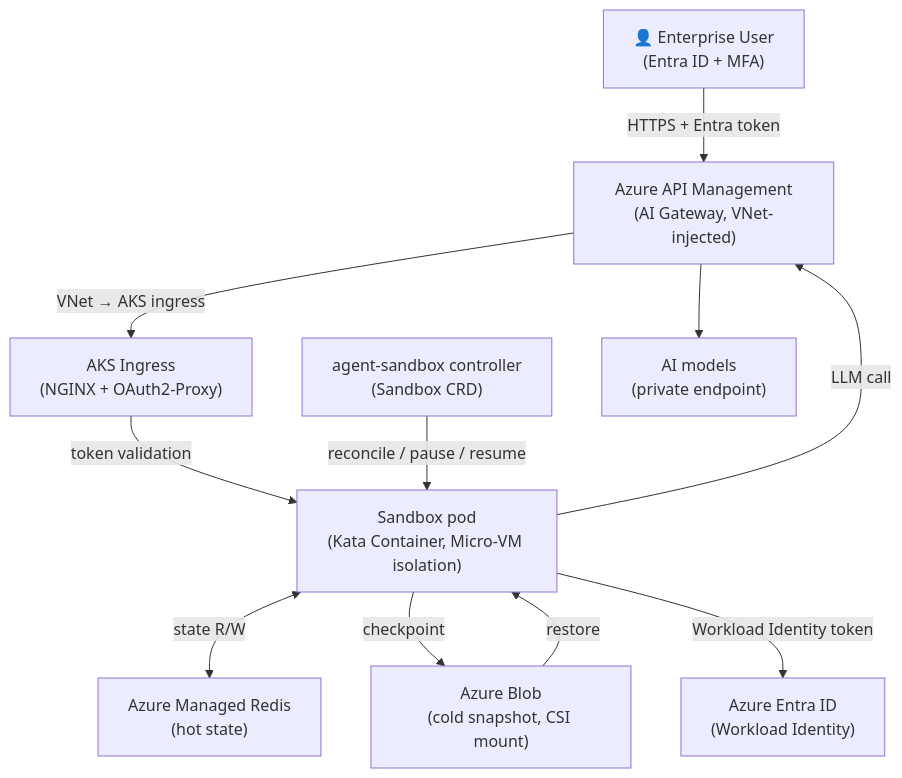
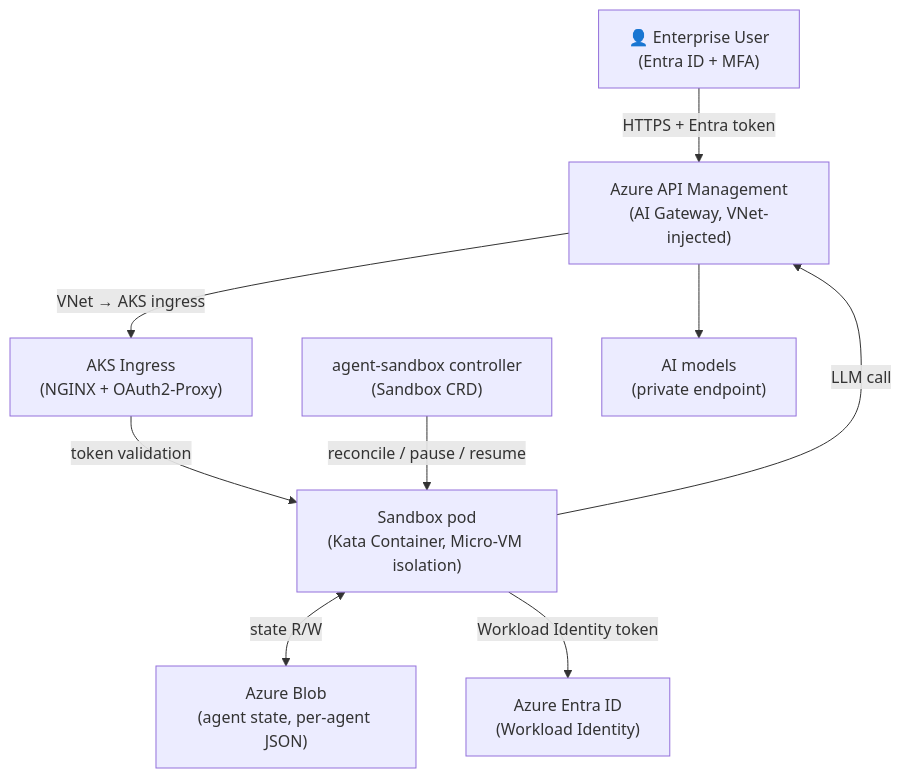
The second of 3 diagrams in agenthost/agenthost.md (oxcp/ainotes), drawn with Mermaid before and after one commit. The commit also changed other lines of this file and 28 other files, not shown here.

First line of the commit message:
Refactor agent state management and deployment for Azure Container Apps Sandboxes

````diff
--- a/agenthost/agenthost.md
+++ b/agenthost/agenthost.md
@@ -194,23 +202,20 @@
 ```mermaid
 flowchart TD
     user["👤 Enterprise User\n(Entra ID + MFA)"]
     apim["Azure API Management\n(AI Gateway, VNet-injected)"]
     ingress["AKS Ingress\n(NGINX + OAuth2-Proxy)"]
     ctrl["agent-sandbox controller\n(Sandbox CRD)"]
     kata["Sandbox pod\n(Kata Container, Micro-VM isolation)"]
-    redis["Azure Managed Redis\n(hot state)"]
-    blob["Azure Blob\n(cold snapshot, CSI mount)"]
+    blob["Azure Blob\n(agent state, per-agent JSON)"]
     aoai["AI models\n(private endpoint)"]
     entra["Azure Entra ID\n(Workload Identity)"]
 
     user -->|"HTTPS + Entra token"| apim
     apim -->|"VNet → AKS ingress"| ingress
     ingress -->|"token validation"| kata
     ctrl -->|"reconcile / pause / resume"| kata
-    kata <-->|"state R/W"| redis
-    kata -->|"checkpoint"| blob
-    blob -->|"restore"| kata
+    kata <-->|"state R/W"| blob
     kata -->|"Workload Identity token"| entra
     kata -->|"LLM call"| apim
     apim --> aoai
 ```
````
